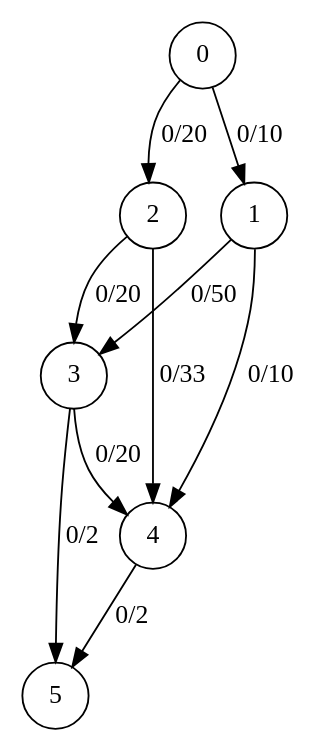
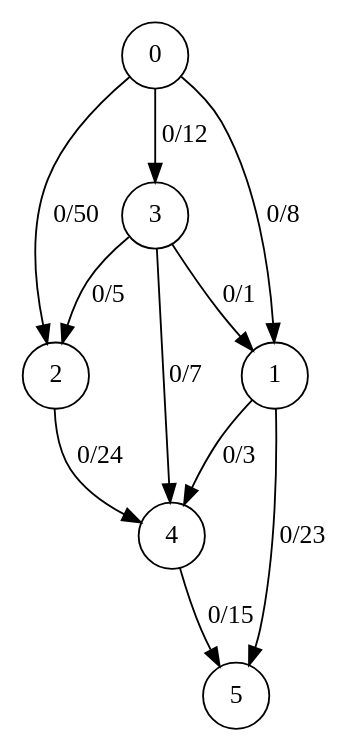
One commit to jb332/ocaml_project changed the diagram in graph_dot.gv. Above: the diagram before and after it, drawn with Graphviz. The commit also changed 3 other files, not shown here.

```diff
--- a/graph_dot.gv
+++ b/graph_dot.gv
@@ -1,13 +1,14 @@
 digraph finite_state_machine { 
 size="8,5"
 node [shape = circle]; 
-0 -> 1 [ label = "0/10"];
-0 -> 2 [ label = "0/20"];
-1 -> 3 [ label = "0/50"];
-1 -> 4 [ label = "0/10"];
-2 -> 3 [ label = "0/20"];
-2 -> 4 [ label = "0/33"];
-4 -> 5 [ label = "0/2"];
-3 -> 4 [ label = "0/20"];
-3 -> 5 [ label = "0/2"];
+0 -> 2 [ label = "0/50"];
+0 -> 3 [ label = "0/12"];
+0 -> 1 [ label = "0/8"];
+2 -> 4 [ label = "0/24"];
+3 -> 4 [ label = "0/7"];
+3 -> 2 [ label = "0/5"];
+3 -> 1 [ label = "0/1"];
+1 -> 4 [ label = "0/3"];
+1 -> 5 [ label = "0/23"];
+4 -> 5 [ label = "0/15"];
 }
```
